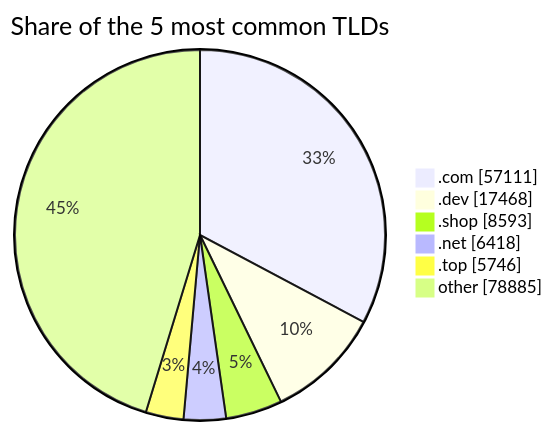
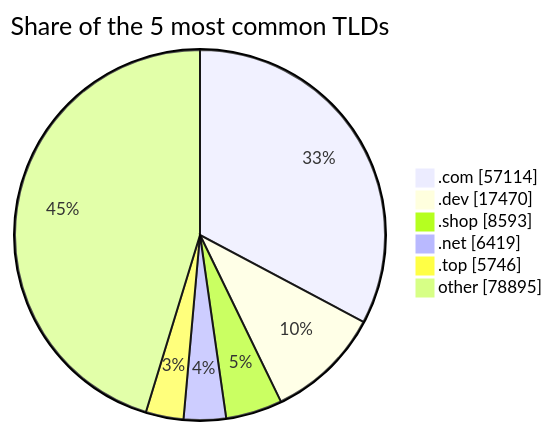
One commit to DNSBunker/CTI changed the third of 3 diagrams in README.md. Above: the diagram before and after it, drawn with Mermaid. The commit also changed other lines of this file and 3 other files, not shown here.

````diff
--- a/README.md
+++ b/README.md
@@ -81,9 +81,9 @@
 ```mermaid
 pie showData title Share of the 5 most common TLDs
-    ".com" : 57111
-    ".dev" : 17468
+    ".com" : 57114
+    ".dev" : 17470
     ".shop" : 8593
-    ".net" : 6418
+    ".net" : 6419
     ".top" : 5746
-    "other" : 78885
+    "other" : 78895
 ```
````
